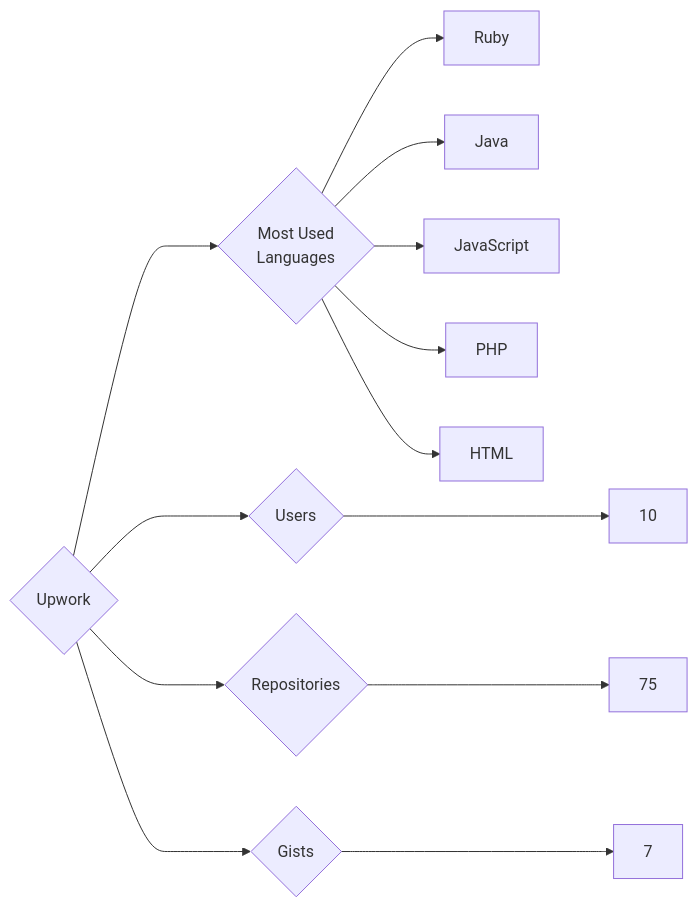
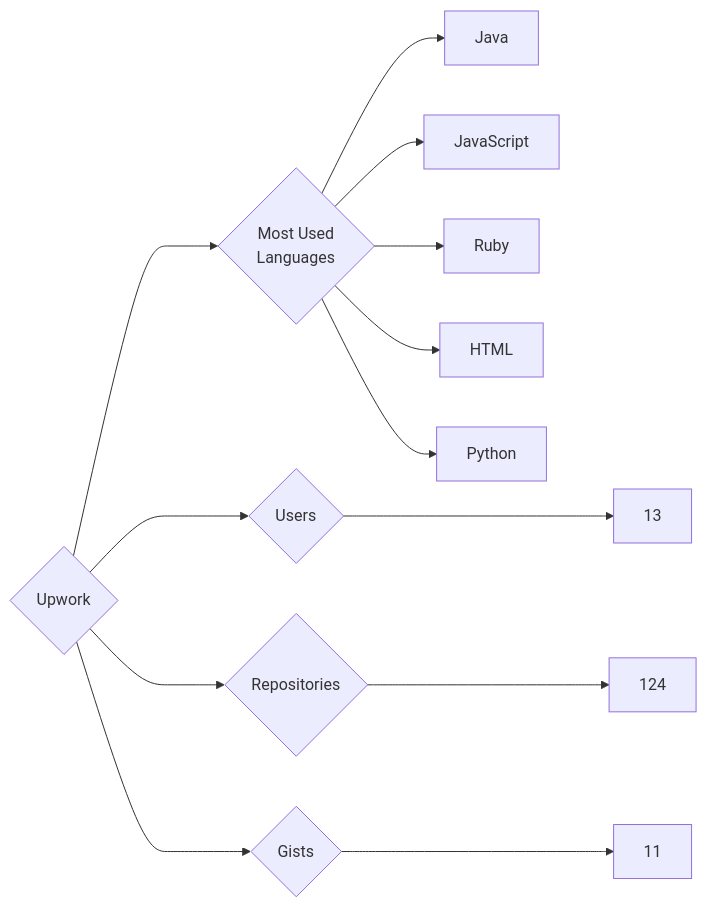
One commit to trickest/insiders changed the diagram in targets/Upwork/README.md. Above: the diagram before and after it, drawn with Mermaid. The commit also changed 1484 other files, not shown here.

````diff
--- a/targets/Upwork/README.md
+++ b/targets/Upwork/README.md
@@ -3,13 +3,13 @@
 ```mermaid
 graph LR
 COMPANY_NAME{Upwork}
-COMPANY_NAME ---> U{Users} ---> UN[10]
-COMPANY_NAME ---> R{Repositories} ---> RN[75]
-COMPANY_NAME ---> G{Gists} ---> GN[7]
+COMPANY_NAME ---> U{Users} ---> UN[13]
+COMPANY_NAME ---> R{Repositories} ---> RN[124]
+COMPANY_NAME ---> G{Gists} ---> GN[11]
 COMPANY_NAME ---> ML{Most Used<br>Languages}
-ML --> Ruby[Ruby]
 ML --> Java[Java]
 ML --> JavaScript[JavaScript]
-ML --> PHP[PHP]
+ML --> Ruby[Ruby]
 ML --> HTML[HTML]
+ML --> Python[Python]
 ```
````
